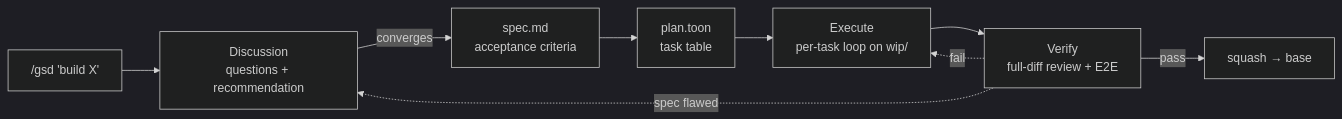
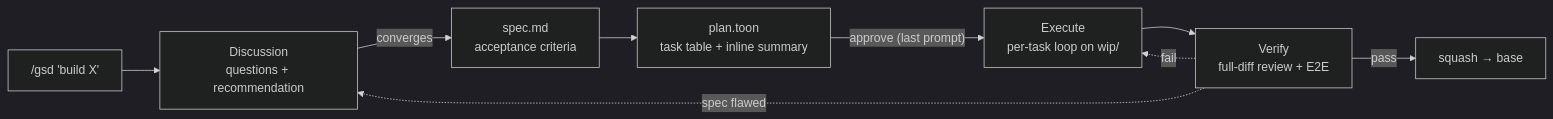
One commit to babymum7/gsd changed the diagram in README.md. Above: the diagram before and after it, drawn with Mermaid (dark theme). The commit also changed other lines of this file and 5 other files, not shown here.

Commit message:
feat: tự động hoá pipeline sau khi approve plan và tóm tắt plan inline

````diff
--- a/README.md
+++ b/README.md
@@ -31,11 +31,11 @@
 ```mermaid
 flowchart LR
     U["/gsd 'build X'"] --> D[Discussion<br/>questions + recommendation]
     D -->|converges| S[spec.md<br/>acceptance criteria]
-    S --> P[plan.toon<br/>task table]
-    P --> E[Execute<br/>per-task loop on wip/]
+    S --> P[plan.toon<br/>task table + inline summary]
+    P -->|"approve (last prompt)"| E[Execute<br/>per-task loop on wip/]
     E --> V[Verify<br/>full-diff review + E2E]
     V -->|pass| M[squash → base]
     V -.fail.-> E
     V -.spec flawed.-> D
 ```
````
